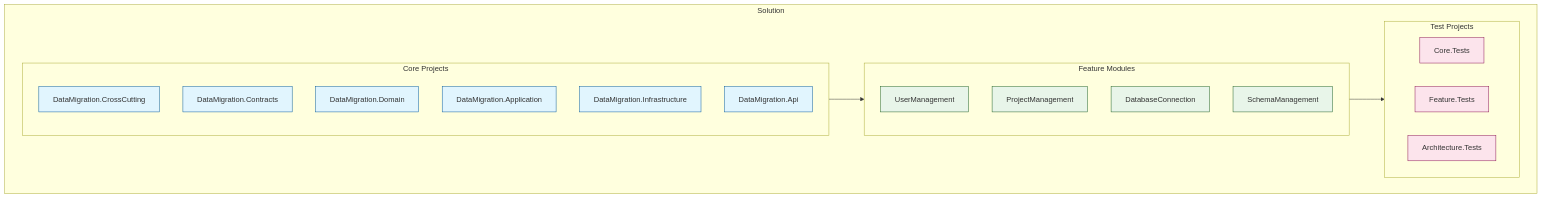
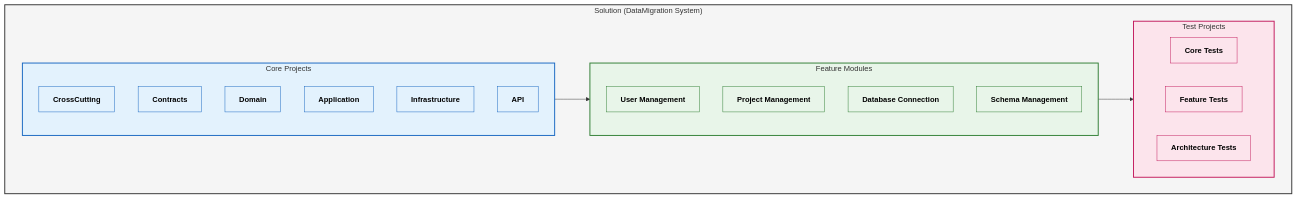
The first of 9 diagrams in docs/solution structure.md (parvizrovshanaliyev/DataMigrationSystem), drawn with Mermaid before and after one commit. The commit also changed other lines of this file, not shown here.

Commit message:
Solution Structure

````diff
--- a/docs/solution structure.md
+++ b/docs/solution structure.md
@@ -32,41 +34,45 @@
 ```mermaid
 graph TB
-    subgraph Solution
-        Core[Core]
-        Features[Features]
-        Tests[Tests]
+    subgraph Solution["Solution (DataMigration System)"]
+        style Solution fill:#f5f5f5,stroke:#333,stroke-width:2px
+        Core[Core Projects]
+        Features[Feature Modules]
+        Tests[Test Projects]
     end
 
     subgraph Core[Core Projects]
-        CC[DataMigration.CrossCutting]
-        CON[DataMigration.Contracts]
-        DOM[DataMigration.Domain]
-        APP[DataMigration.Application]
-        INF[DataMigration.Infrastructure]
-        API[DataMigration.Api]
+        style Core fill:#e3f2fd,stroke:#1565c0,stroke-width:2px
+        CC[CrossCutting]
+        CON[Contracts]
+        DOM[Domain]
+        APP[Application]
+        INF[Infrastructure]
+        API[API]
     end
 
     subgraph Features[Feature Modules]
-        UM[UserManagement]
-        PM[ProjectManagement]
-        DBC[DatabaseConnection]
-        SM[SchemaManagement]
+        style Features fill:#e8f5e9,stroke:#2e7d32,stroke-width:2px
+        UM[User Management]
+        PM[Project Management]
+        DBC[Database Connection]
+        SM[Schema Management]
     end
 
     subgraph Tests[Test Projects]
-        CT[Core.Tests]
-        FT[Feature.Tests]
-        AT[Architecture.Tests]
+        style Tests fill:#fce4ec,stroke:#c2185b,stroke-width:2px
+        CT[Core Tests]
+        FT[Feature Tests]
+        AT[Architecture Tests]
     end
 
     Core --> Features
     Features --> Tests
     
-    classDef core fill:#e1f5fe,stroke:#01579b
-    classDef feature fill:#e8f5e9,stroke:#1b5e20
-    classDef test fill:#fce4ec,stroke:#880e4f
+    classDef core fill:#e3f2fd,stroke:#1565c0,color:#000000,font-weight:bold
+    classDef feature fill:#e8f5e9,stroke:#2e7d32,color:#000000,font-weight:bold
+    classDef test fill:#fce4ec,stroke:#c2185b,color:#000000,font-weight:bold
     
     class CC,CON,DOM,APP,INF,API core
     class UM,PM,DBC,SM feature
     class CT,FT,AT test
 ```
````
